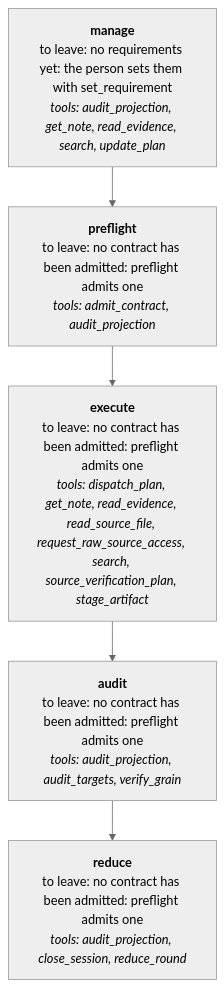
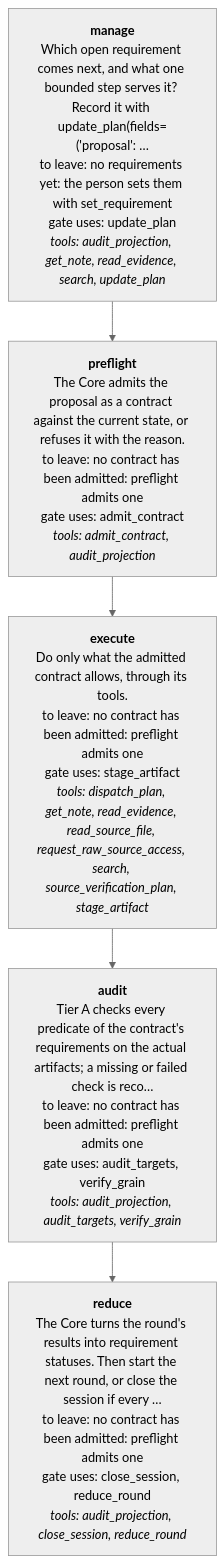
Before and after one commit to Jake36999/Librarian_V2: the ninth of 24 diagrams in reports/2026-11-20-workflow-map/WORKFLOW-MAP.md, drawn with Mermaid (neutral theme). The commit also changed other lines of this file and 11 other files, not shown here.

````diff
--- a/reports/2026-11-20-workflow-map/WORKFLOW-MAP.md
+++ b/reports/2026-11-20-workflow-map/WORKFLOW-MAP.md
@@ -141,12 +141,12 @@
 ```mermaid
 flowchart TD
-  p0["<b>manage</b><br/>to leave: no requirements yet: the person sets them with set_requirement<br/><i>tools: audit_projection, get_note, read_evidence, search, update_plan</i>"]
-  p1["<b>preflight</b><br/>to leave: no contract has been admitted: preflight admits one<br/><i>tools: admit_contract, audit_projection</i>"]
+  p0["<b>manage</b><br/>Which open requirement comes next, and what one bounded step serves it? Record it with update_plan(fields=('proposal': …<br/>to leave: no requirements yet: the person sets them with set_requirement<br/>gate uses: update_plan<br/><i>tools: audit_projection, get_note, read_evidence, search, update_plan</i>"]
+  p1["<b>preflight</b><br/>The Core admits the proposal as a contract against the current state, or refuses it with the reason.<br/>to leave: no contract has been admitted: preflight admits one<br/>gate uses: admit_contract<br/><i>tools: admit_contract, audit_projection</i>"]
   p0 --> p1
-  p2["<b>execute</b><br/>to leave: no contract has been admitted: preflight admits one<br/><i>tools: dispatch_plan, get_note, read_evidence, read_source_file, request_raw_source_access, search, source_verification_plan, stage_artifact</i>"]
+  p2["<b>execute</b><br/>Do only what the admitted contract allows, through its tools.<br/>to leave: no contract has been admitted: preflight admits one<br/>gate uses: stage_artifact<br/><i>tools: dispatch_plan, get_note, read_evidence, read_source_file, request_raw_source_access, search, source_verification_plan, stage_artifact</i>"]
   p1 --> p2
-  p3["<b>audit</b><br/>to leave: no contract has been admitted: preflight admits one<br/><i>tools: audit_projection, audit_targets, verify_grain</i>"]
+  p3["<b>audit</b><br/>Tier A checks every predicate of the contract's requirements on the actual artifacts; a missing or failed check is reco…<br/>to leave: no contract has been admitted: preflight admits one<br/>gate uses: audit_targets, verify_grain<br/><i>tools: audit_projection, audit_targets, verify_grain</i>"]
   p2 --> p3
-  p4["<b>reduce</b><br/>to leave: no contract has been admitted: preflight admits one<br/><i>tools: audit_projection, close_session, reduce_round</i>"]
+  p4["<b>reduce</b><br/>The Core turns the round's results into requirement statuses. Then start the next round, or close the session if every …<br/>to leave: no contract has been admitted: preflight admits one<br/>gate uses: close_session, reduce_round<br/><i>tools: audit_projection, close_session, reduce_round</i>"]
   p3 --> p4
 ```
````
